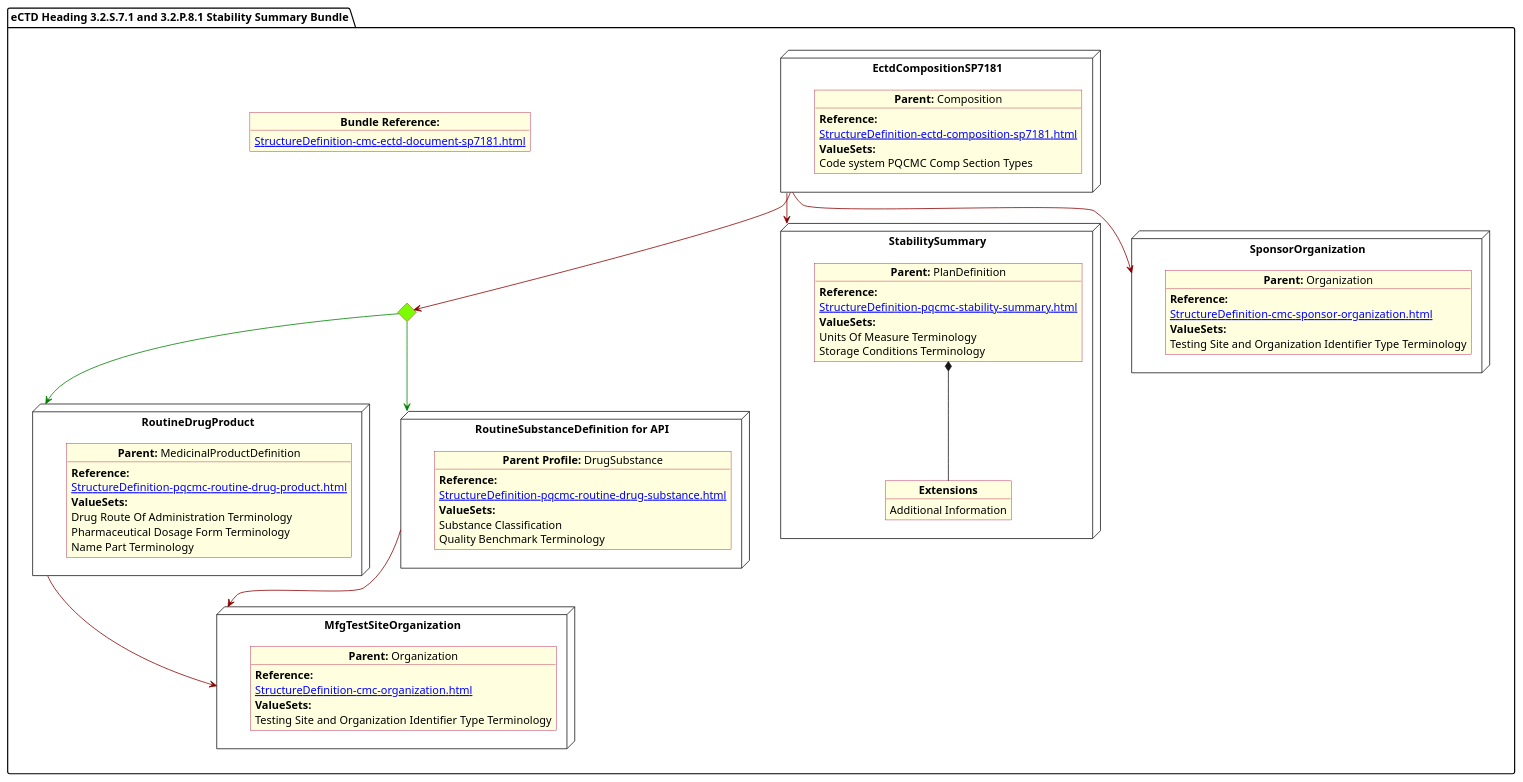
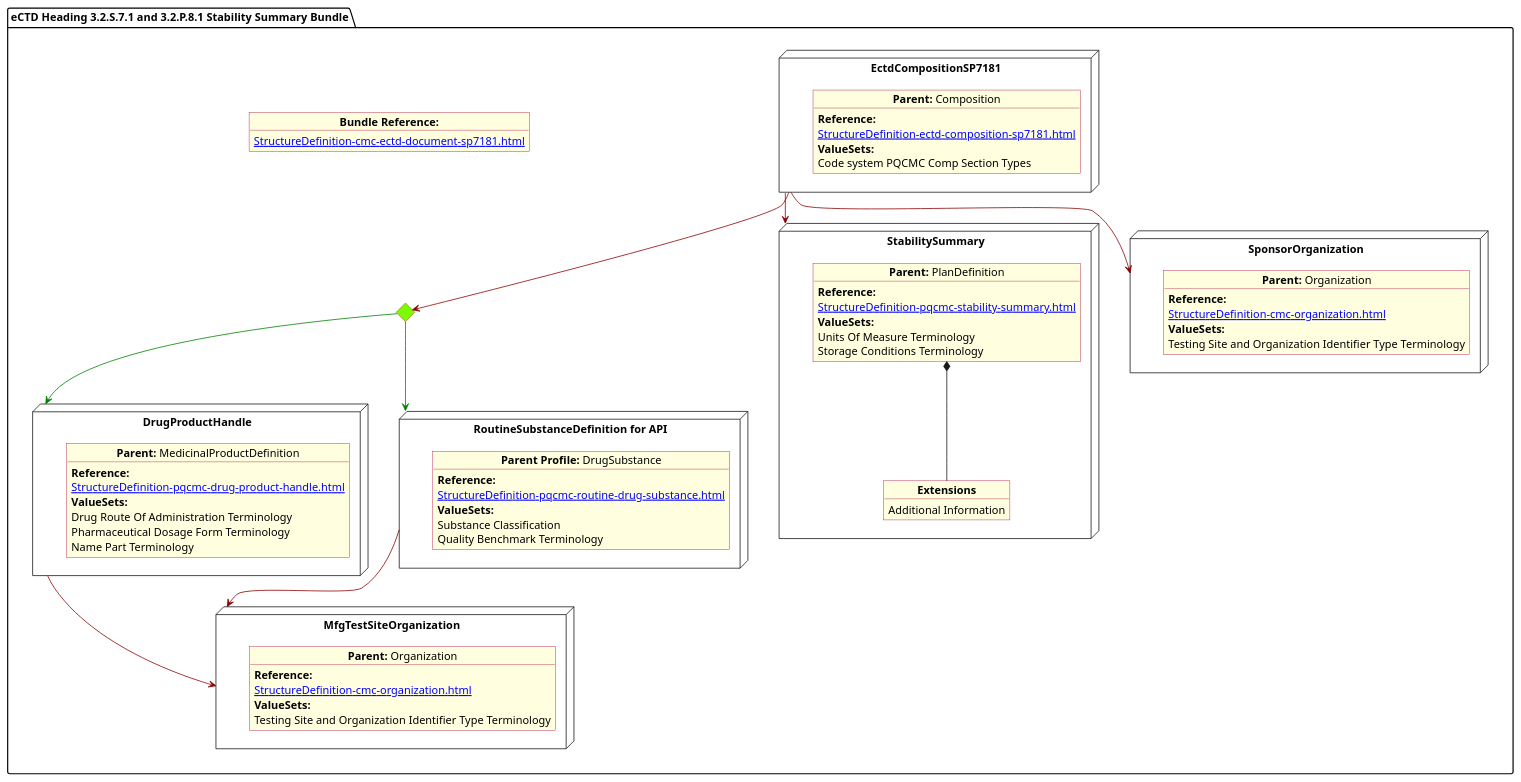
Before and after one commit to HL7/FHIR-us-pq-cmc-fda: the diagram in input/images-source/StabilitySummary.plantuml, drawn with PlantUML. The commit also changed 48 other files, not shown here.

```diff
--- a/input/images-source/StabilitySummary.plantuml
+++ b/input/images-source/StabilitySummary.plantuml
@@ -1,96 +1,96 @@
 @startuml StabilitySummary
 allowmixing
 'Mixed model of use case and object
 skinparam svgDimensionStyle false
 skinparam ObjectBackgroundColor LightYellow
 skinparam ObjectBorderColor #A80036
 skinparam activityDiamondBorderColor #A80036
 skinparam activityDiamondBackgroundColor lawnGreen
 skinparam ClassBorderThickness 4
 
 package "eCTD Heading 3.2.S.7.1 and 3.2.P.8.1 Stability Summary Bundle" as NODES {
       object "**Bundle Reference:**" as objbun {
             [[StructureDefinition-cmc-ectd-document-sp7181.html]]
       }
 
-      node "RoutineDrugProduct" as NN {
+      node "DrugProductHandle" as NN {
 
             object "**Parent:** MedicinalProductDefinition" as obj3 {
                   **Reference:**
-                  [[StructureDefinition-pqcmc-routine-drug-product.html]]
+                  [[StructureDefinition-pqcmc-drug-product-handle.html]]
                   **ValueSets:**
                   Drug Route Of Administration Terminology
                   Pharmaceutical Dosage Form Terminology
                   Name Part Terminology
             }
       }
       diamond CH
 
       node "RoutineSubstanceDefinition for API" as NNS {
 
             object "**Parent Profile:** DrugSubstance" as obj4 {
                   **Reference:**
                   [[StructureDefinition-pqcmc-routine-drug-substance.html]]
                   **ValueSets:**
                   Substance Classification
                   Quality Benchmark Terminology
             }
       }
 
       node "MfgTestSiteOrganization" as NMFG {
 
             object "**Parent:** Organization" as objDP {
                   **Reference:**
                   [[StructureDefinition-cmc-organization.html]]
                   **ValueSets:**
                   Testing Site and Organization Identifier Type Terminology
             }
       }
 
       node "StabilitySummary" as NMain {
 
             object "**Parent:** PlanDefinition" as objMain {
                   **Reference:**
                   [[StructureDefinition-pqcmc-stability-summary.html]]
                   **ValueSets:**
                   Units Of Measure Terminology
                   Storage Conditions Terminology
             }
 
             object "**Extensions**" as objExs2 {
                   Additional Information
             }
 
             objMain *-- objExs2
       }
 
       node "EctdCompositionSP7181" as N1 {
 
             object "**Parent:** Composition" as obj1 {
                   **Reference:**
                   [[StructureDefinition-ectd-composition-sp7181.html]]
                   **ValueSets:**
                   Code system PQCMC Comp Section Types
             }
       }
       node "SponsorOrganization" as NSO {
 
             object "**Parent:** Organization" as objAu {
                   **Reference:**
-                  [[StructureDefinition-cmc-sponsor-organization.html]]
+                  [[StructureDefinition-cmc-organization.html]]
                   **ValueSets:**
                   Testing Site and Organization Identifier Type Terminology
             }
       }
 
       CH -[#green]-> NN
       CH -[#green]-> NNS
       N1 -[#darkred]-> CH
       N1 -[#darkred]-> NSO
       NN -[#darkred]-> NMFG
       NNS -[#darkred]-> NMFG
       N1 -[#darkred]-> NMain
 
 
 }
 @enduml
```
